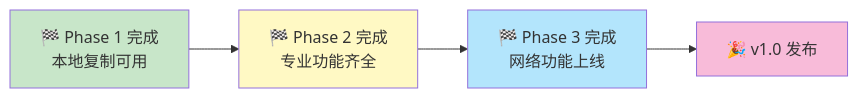
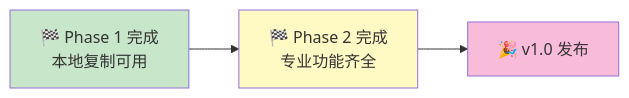
Diagram 19 of 19 in docs/GroupTradeAddOn-Architecture.md (MrHuangJser/nt8-plugins), drawn with Mermaid before and after one commit. The commit also changed other lines of this file and 21 other files, not shown here.

````diff
--- a/docs/GroupTradeAddOn-Architecture.md
+++ b/docs/GroupTradeAddOn-Architecture.md
@@ -1513,11 +1443,9 @@
 ```mermaid
 flowchart LR
     M1[🏁 Phase 1 完成<br/>本地复制可用] --> M2[🏁 Phase 2 完成<br/>专业功能齐全]
-    M2 --> M3[🏁 Phase 3 完成<br/>网络功能上线]
-    M3 --> M4[🎉 v1.0 发布]
+    M2 --> M3[🎉 v1.0 发布]
 
     style M1 fill:#c8e6c9
     style M2 fill:#fff9c4
-    style M3 fill:#b3e5fc
-    style M4 fill:#f8bbd9
+    style M3 fill:#f8bbd9
 ```
````
